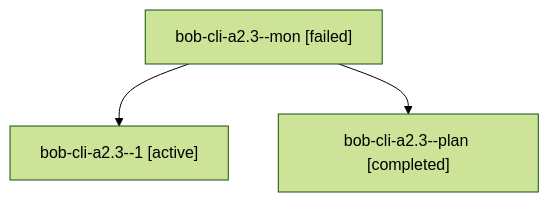
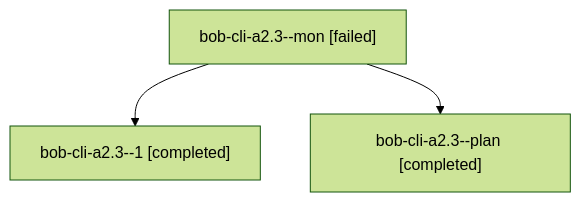
Before and after one commit to bobs-org/bob-cli--agents: the diagram in sessions/bbugyi200.athena.bob-cli-a2.3.md, drawn with Mermaid (forest theme). The commit also changed other lines of this file and 41 other files, not shown here.

````diff
--- a/sessions/bbugyi200.athena.bob-cli-a2.3.md
+++ b/sessions/bbugyi200.athena.bob-cli-a2.3.md
@@ -9,8 +9,8 @@
 ```mermaid
 flowchart TD
   n0["bob-cli-a2.3--mon [failed]"]
-  n1["bob-cli-a2.3--1 [active]"]
+  n1["bob-cli-a2.3--1 [completed]"]
   n0 --> n1
   n2["bob-cli-a2.3--plan [completed]"]
   n0 --> n2
 ```
````
